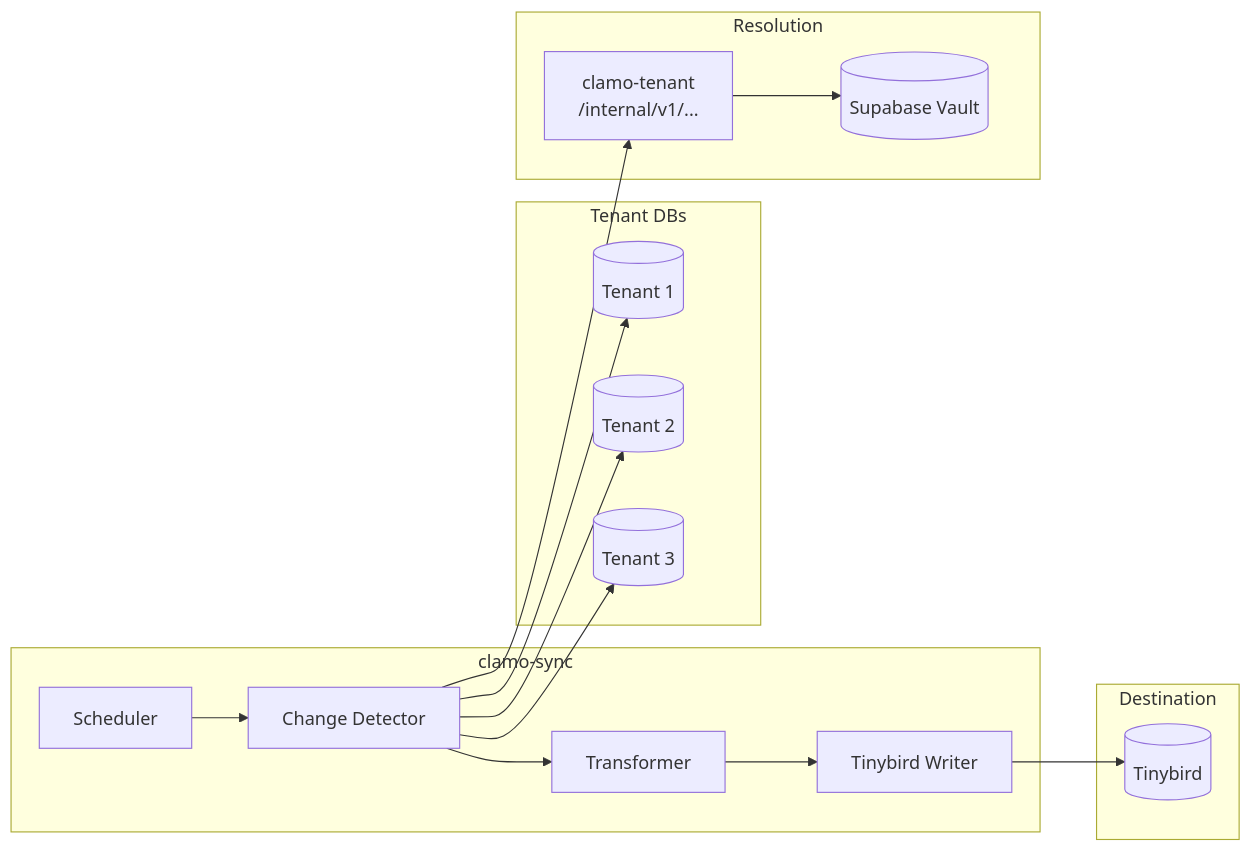
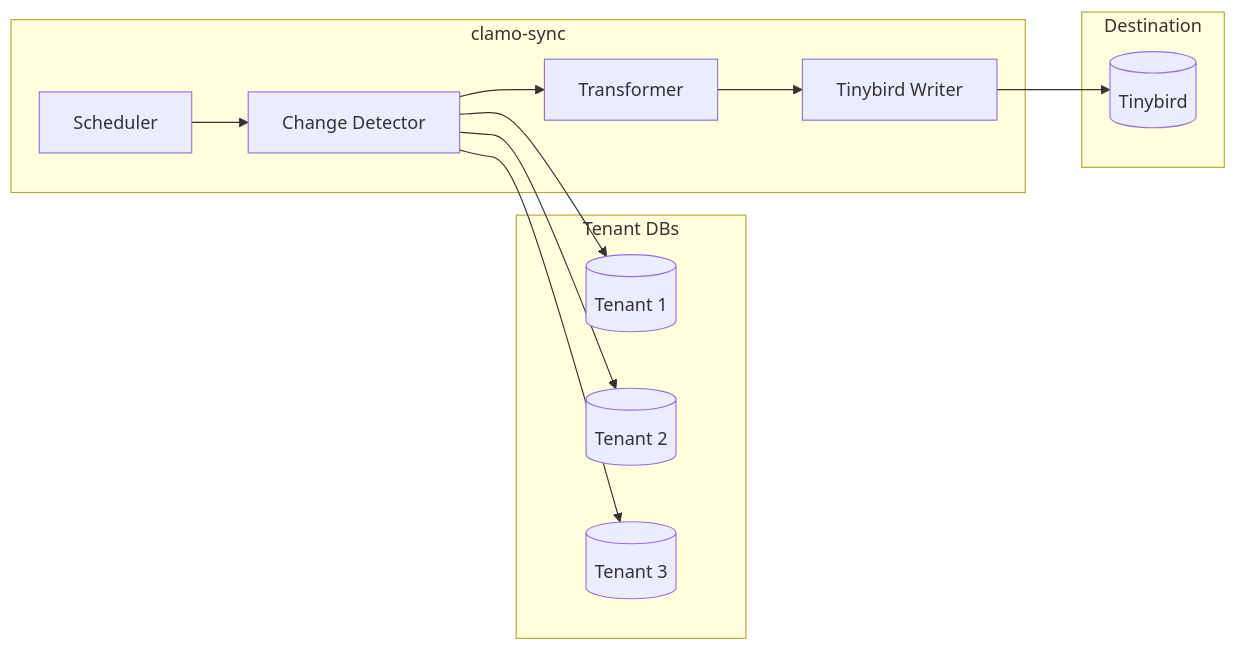
One commit to GetClamo/docs changed the diagram in en/services/clamo-sync.mdx. Above: the diagram before and after it, drawn with Mermaid. The commit also changed other lines of this file and 93 other files, not shown here.

````diff
--- a/en/services/clamo-sync.mdx
+++ b/en/services/clamo-sync.mdx
@@ -22,34 +20,27 @@
 ```mermaid
 flowchart LR
     subgraph Sources [Tenant DBs]
         T1[(Tenant 1)]
         T2[(Tenant 2)]
         T3[(Tenant 3)]
     end
-    
+
     subgraph Sync [clamo-sync]
         Scheduler[Scheduler]
         ChangeDetector[Change Detector]
         Transformer[Transformer]
         TinybirdWriter[Tinybird Writer]
     end
-    
-    subgraph Resolution [Resolution]
-        TenantSDK[clamo-tenant<br/>/internal/v1/...]
-        Vault[(Supabase Vault)]
-    end
-    
+
     subgraph Destination [Destination]
         Tinybird[(Tinybird)]
     end
-    
+
     Scheduler --> ChangeDetector
-    ChangeDetector --> TenantSDK
-    TenantSDK --> Vault
     ChangeDetector --> T1
     ChangeDetector --> T2
     ChangeDetector --> T3
     ChangeDetector --> Transformer
     Transformer --> TinybirdWriter
     TinybirdWriter --> Tinybird
 ```
````
